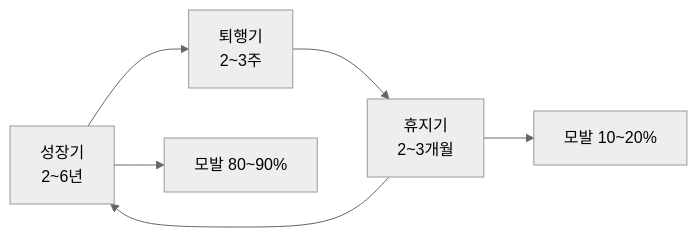
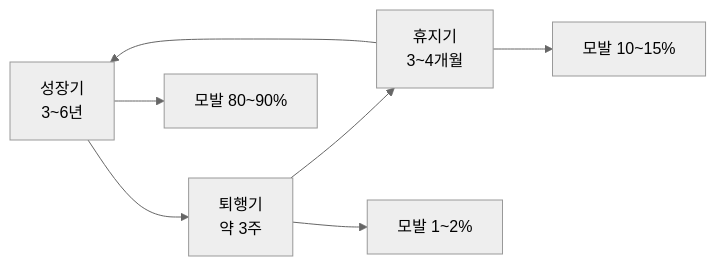
One commit to skygoldlee-cyber/Personalized_Skincare changed the fourth of 6 diagrams in content/참조자료/과목4/4과목_핵심정리_40문항.md. Above: the diagram before and after it, drawn with Mermaid (neutral theme). The commit also changed other lines of this file and 5 other files, not shown here.

````diff
--- a/content/참조자료/과목4/4과목_핵심정리_40문항.md
+++ b/content/참조자료/과목4/4과목_핵심정리_40문항.md
@@ -83,8 +83,9 @@
 ```mermaid
 flowchart LR
-  A[성장기<br/>2~6년] --> B[퇴행기<br/>2~3주]
-  B --> C[휴지기<br/>2~3개월]
+  A[성장기<br/>3~6년] --> B[퇴행기<br/>약 3주]
+  B --> C[휴지기<br/>3~4개월]
   C --> A
   A --> A1[모발 80~90%]
-  C --> C1[모발 10~20%]
+  B --> B1[모발 1~2%]
+  C --> C1[모발 10~15%]
 ```
````
